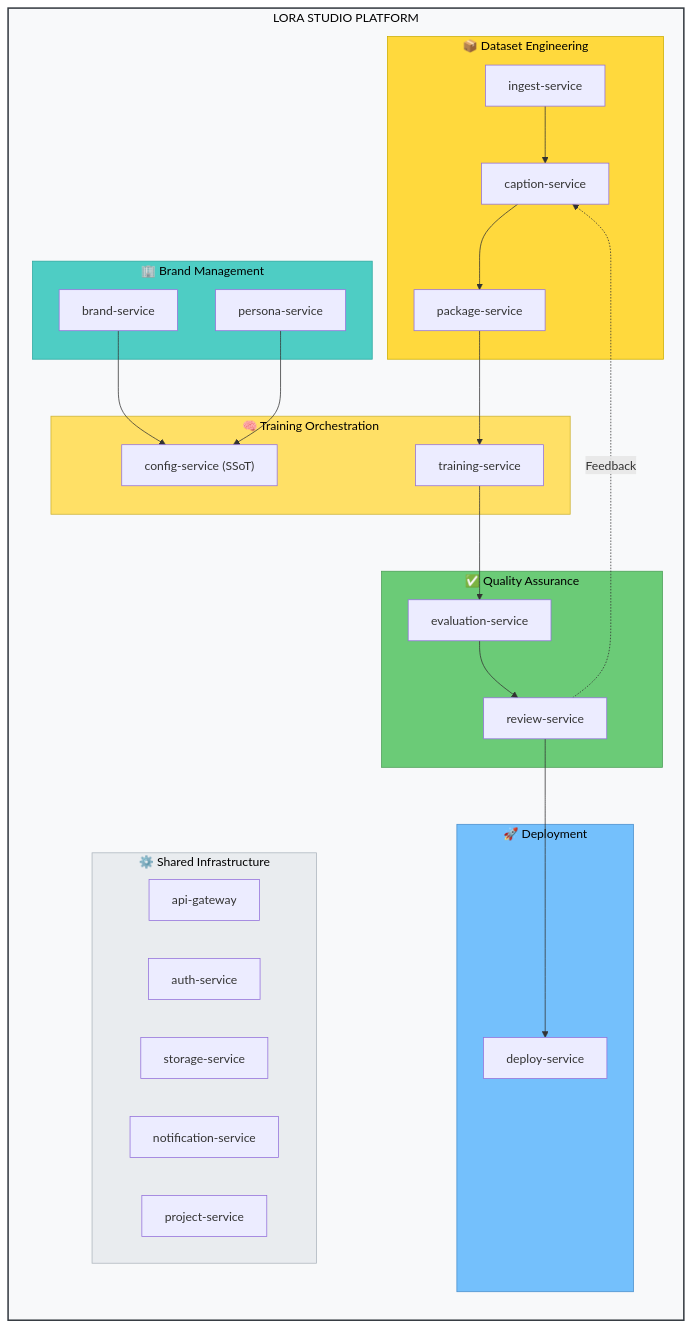
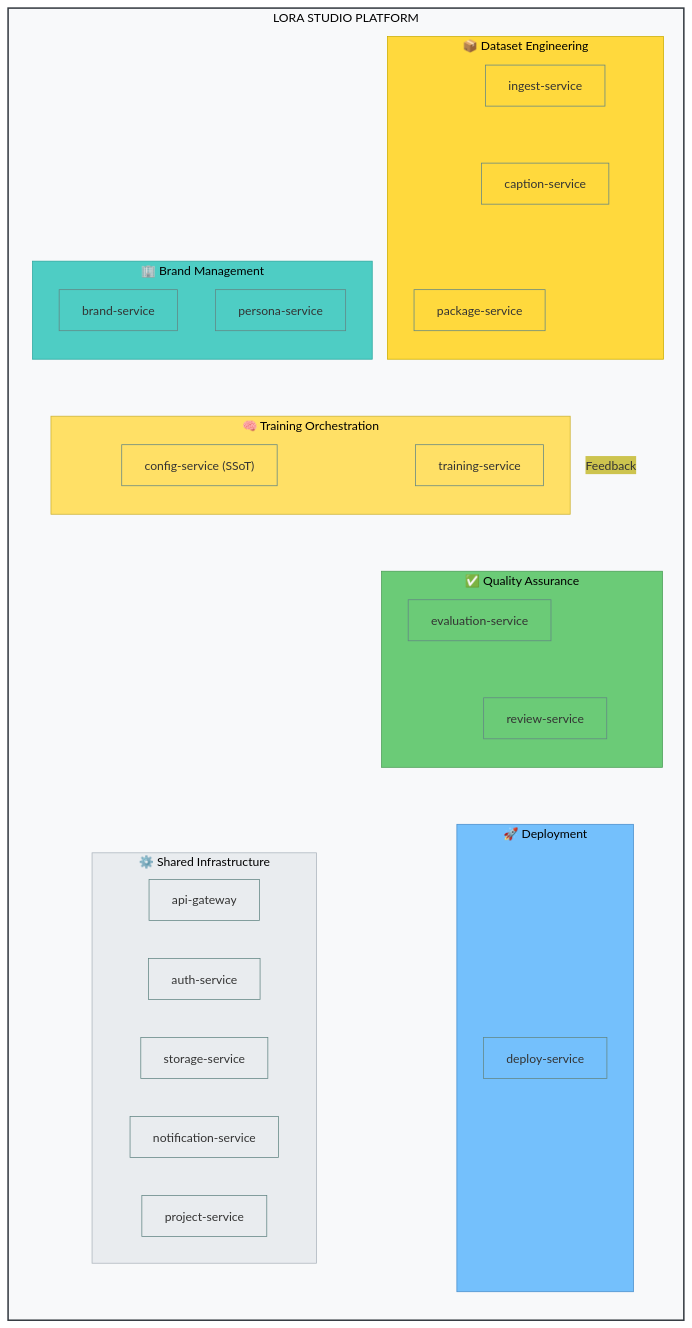
The second of 2 diagrams in paper/03-ARCHITECTURE.md (vandre-sales/lora-studio-showcase), drawn with Mermaid before and after one commit.

Commit message:
fix: mermaid transparent background via init theme config

````diff
--- a/paper/03-ARCHITECTURE.md
+++ b/paper/03-ARCHITECTURE.md
@@ -76,57 +76,58 @@
 ```mermaid
+%%{init: {'theme': 'base', 'themeVariables': {'primaryColor': '#4ecdc4', 'background': 'transparent', 'mainBkg': 'transparent'}}}%%
 graph TD
     subgraph PLATFORM ["LORA STUDIO PLATFORM"]
         direction TB
 
         subgraph BRAND ["🏢 Brand Management"]
             brand-svc["brand-service"]
             persona-svc["persona-service"]
         end
 
         subgraph DATASET ["📦 Dataset Engineering"]
             ingest-svc["ingest-service"]
             caption-svc["caption-service"]
             package-svc["package-service"]
         end
 
         subgraph TRAINING ["🧠 Training Orchestration"]
             config-svc["config-service (SSoT)"]
             training-svc["training-service"]
         end
 
         subgraph QA ["✅ Quality Assurance"]
             eval-svc["evaluation-service"]
             review-svc["review-service"]
         end
 
         subgraph DEPLOY ["🚀 Deployment"]
             deploy-svc["deploy-service"]
         end
 
         subgraph SHARED ["⚙️ Shared Infrastructure"]
             gw["api-gateway"]
             auth["auth-service"]
             storage["storage-service"]
             notify["notification-service"]
             project["project-service"]
         end
     end
 
     brand-svc --> config-svc
     persona-svc --> config-svc
     ingest-svc --> caption-svc
     caption-svc --> package-svc
     package-svc --> training-svc
     training-svc --> eval-svc
     eval-svc --> review-svc
     review-svc --> deploy-svc
     review-svc -.->|Feedback| caption-svc
 
     style PLATFORM fill:#f8f9fa,stroke:#343a40,stroke-width:2px,color:#000
     style BRAND fill:#4ecdc4,stroke:#2ba8a0,color:#000
     style DATASET fill:#ffd93d,stroke:#ccae00,color:#000
     style TRAINING fill:#ffe066,stroke:#ccb233,color:#000
     style QA fill:#6bcb77,stroke:#4a9e55,color:#000
     style DEPLOY fill:#74c0fc,stroke:#4a8fcc,color:#000
     style SHARED fill:#e9ecef,stroke:#adb5bd,color:#000
 ```
````
